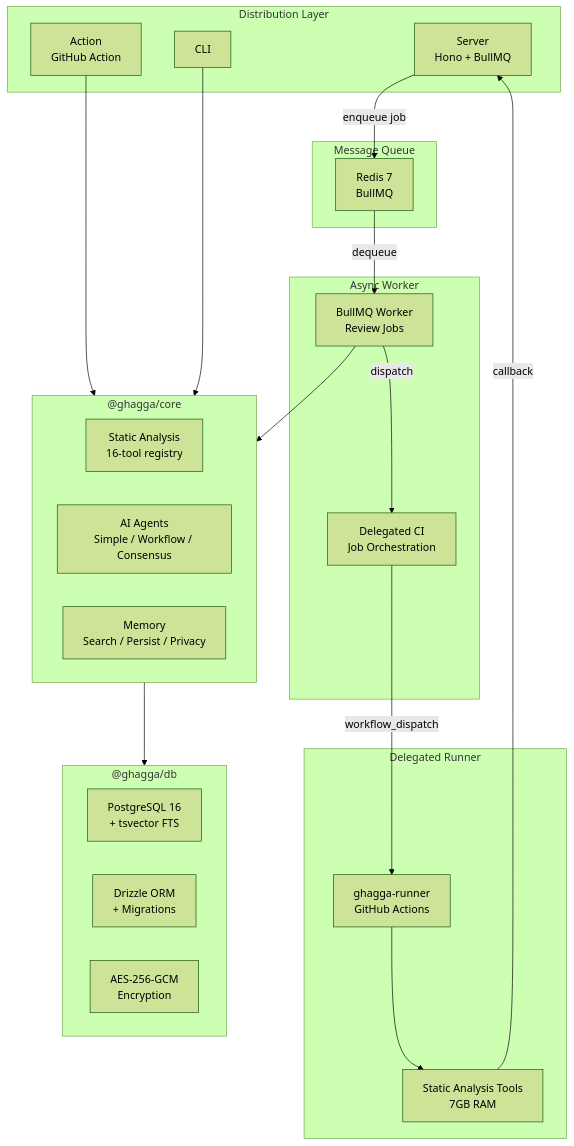
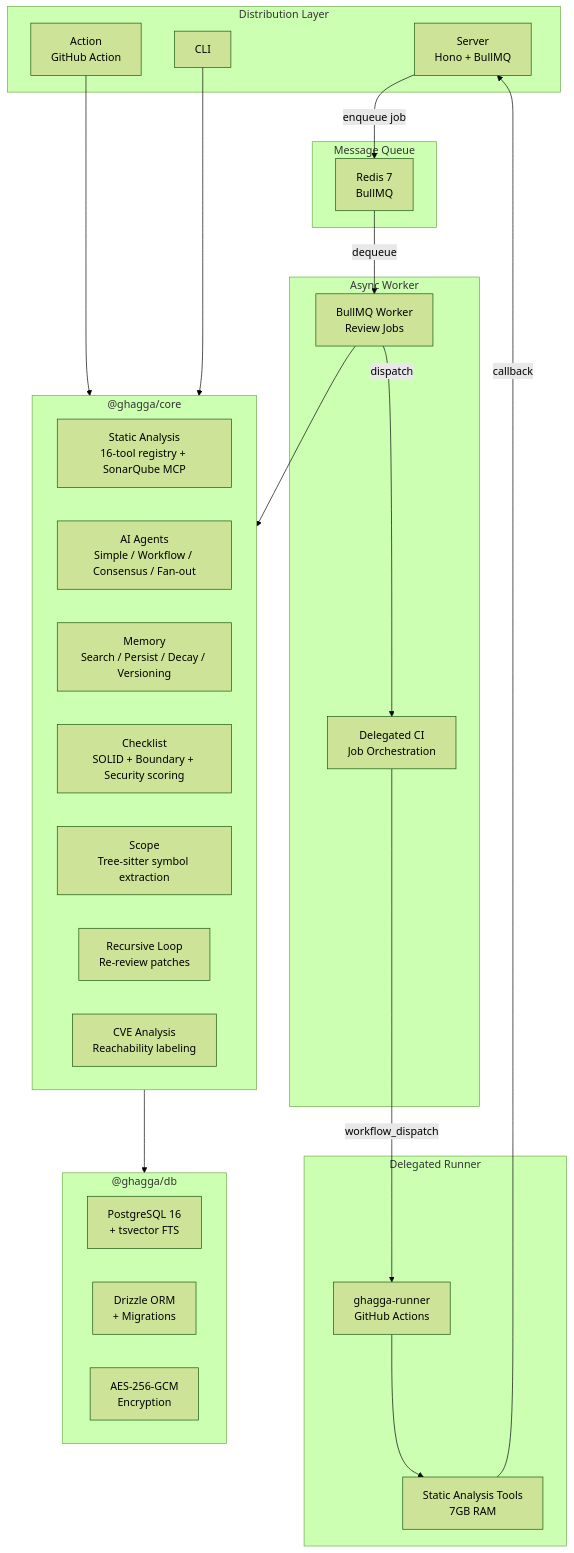
The first of 6 diagrams in README.md (JNZader/ghagga), drawn with Mermaid (forest theme) before and after one commit. The commit also changed other lines of this file and 1 other file, not shown here.

````diff
--- a/README.md
+++ b/README.md
@@ -255,46 +262,50 @@
 ```mermaid
 graph TB
   subgraph Distribution["Distribution Layer"]
     Server["Server<br/>Hono + BullMQ"]
     Action["Action<br/>GitHub Action"]
     CLI["CLI"]
   end
 
   subgraph Worker["Async Worker"]
     BullMQ["BullMQ Worker<br/>Review Jobs"]
     DelegatedCI["Delegated CI<br/>Job Orchestration"]
   end
 
   subgraph Runner["Delegated Runner"]
     RunnerRepo["ghagga-runner<br/>GitHub Actions"]
     RunnerTools["Static Analysis Tools<br/>7GB RAM"]
   end
 
   subgraph Core["@ghagga/core"]
-    SA["Static Analysis<br/>16-tool registry"]
-    Agents["AI Agents<br/>Simple / Workflow / Consensus"]
-    Memory["Memory<br/>Search / Persist / Privacy"]
+    SA["Static Analysis<br/>16-tool registry + SonarQube MCP"]
+    Agents["AI Agents<br/>Simple / Workflow / Consensus / Fan-out"]
+    Memory["Memory<br/>Search / Persist / Decay / Versioning"]
+    Checklist["Checklist<br/>SOLID + Boundary + Security scoring"]
+    Scope["Scope<br/>Tree-sitter symbol extraction"]
+    Recursive["Recursive Loop<br/>Re-review patches"]
+    Exploitability["CVE Analysis<br/>Reachability labeling"]
   end
 
   subgraph DB["@ghagga/db"]
     PG["PostgreSQL 16<br/>+ tsvector FTS"]
     Drizzle["Drizzle ORM<br/>+ Migrations"]
     Crypto["AES-256-GCM<br/>Encryption"]
   end
 
   subgraph Queue["Message Queue"]
     Redis["Redis 7<br/>BullMQ"]
   end
 
   Server -- "enqueue job" --> Redis
   Redis -- "dequeue" --> BullMQ
   BullMQ --> Core
   BullMQ -- "dispatch" --> DelegatedCI
   DelegatedCI -- "workflow_dispatch" --> RunnerRepo
   RunnerRepo --> RunnerTools
   RunnerTools -- "callback" --> Server
 
   Action --> Core
   CLI --> Core
   Core --> DB
 ```
````
